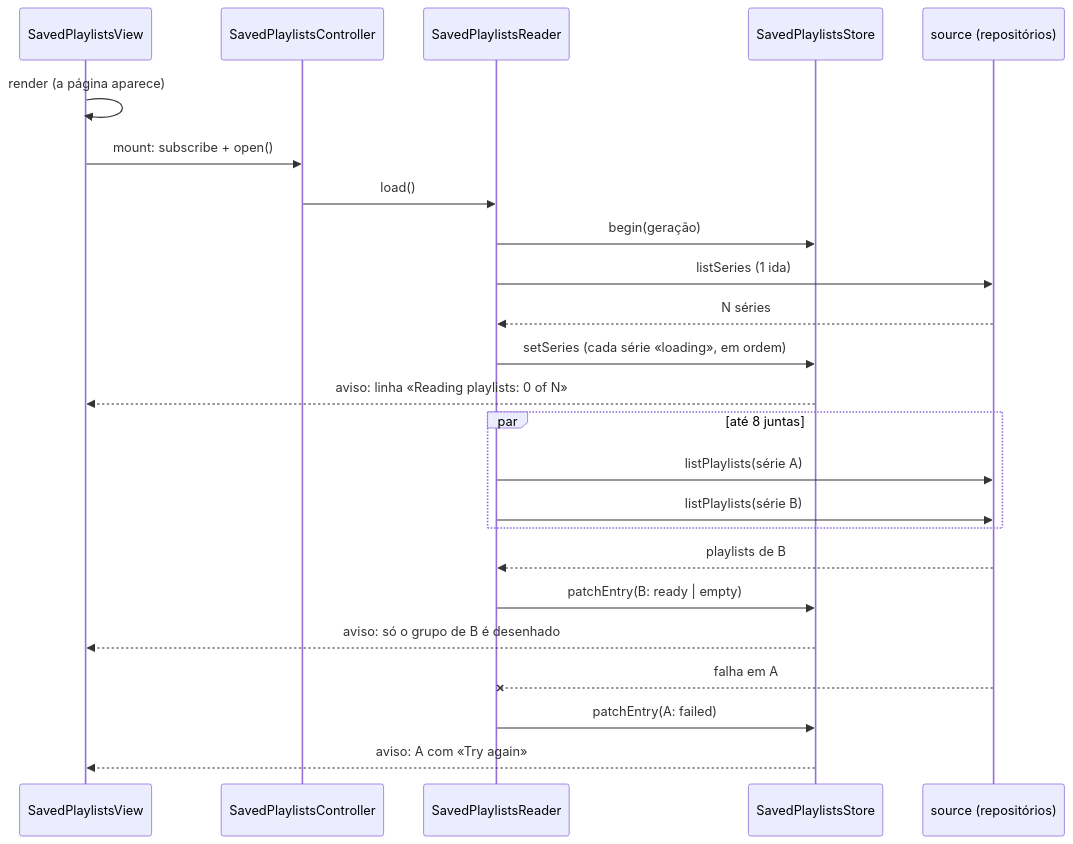
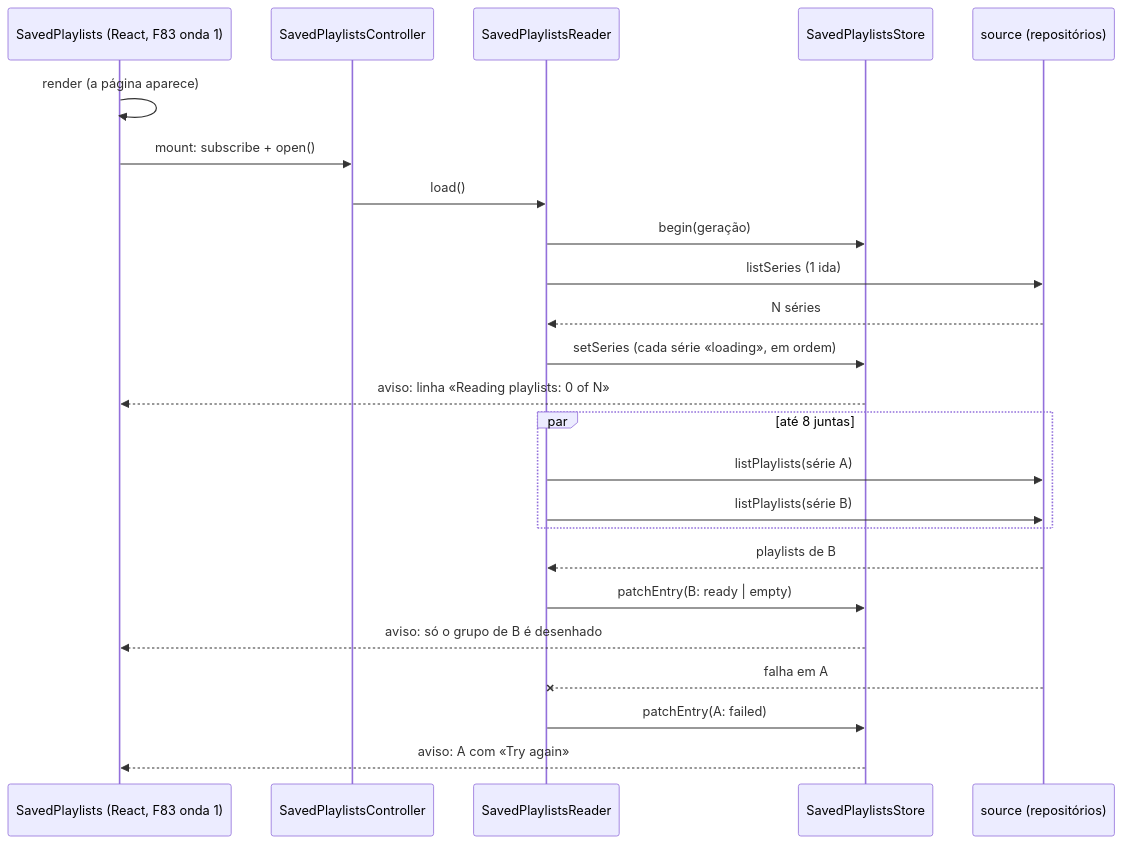
One commit to maujrp99/MJRP_AlbumsBalancedPlaylists_v0 changed the sixth of 6 diagrams in docs/specs/arch.md. Above: the diagram before and after it, drawn with Mermaid. The commit also changed other lines of this file and 43 other files, not shown here.

````diff
--- a/docs/specs/arch.md
+++ b/docs/specs/arch.md
@@ -931,27 +931,27 @@
 ```mermaid
 sequenceDiagram
-    participant V as SavedPlaylistsView
+    participant V as SavedPlaylists (React, F83 onda 1)
     participant C as SavedPlaylistsController
     participant R as SavedPlaylistsReader
     participant S as SavedPlaylistsStore
     participant P as source (repositórios)
 
     V->>V: render (a página aparece)
     V->>C: mount: subscribe + open()
     C->>R: load()
     R->>S: begin(geração)
     R->>P: listSeries (1 ida)
     P-->>R: N séries
     R->>S: setSeries (cada série «loading», em ordem)
     S-->>V: aviso: linha «Reading playlists: 0 of N»
     par até 8 juntas
         R->>P: listPlaylists(série A)
         R->>P: listPlaylists(série B)
     end
     P-->>R: playlists de B
     R->>S: patchEntry(B: ready | empty)
     S-->>V: aviso: só o grupo de B é desenhado
     P--xR: falha em A
     R->>S: patchEntry(A: failed)
     S-->>V: aviso: A com «Try again»
 ```
````
